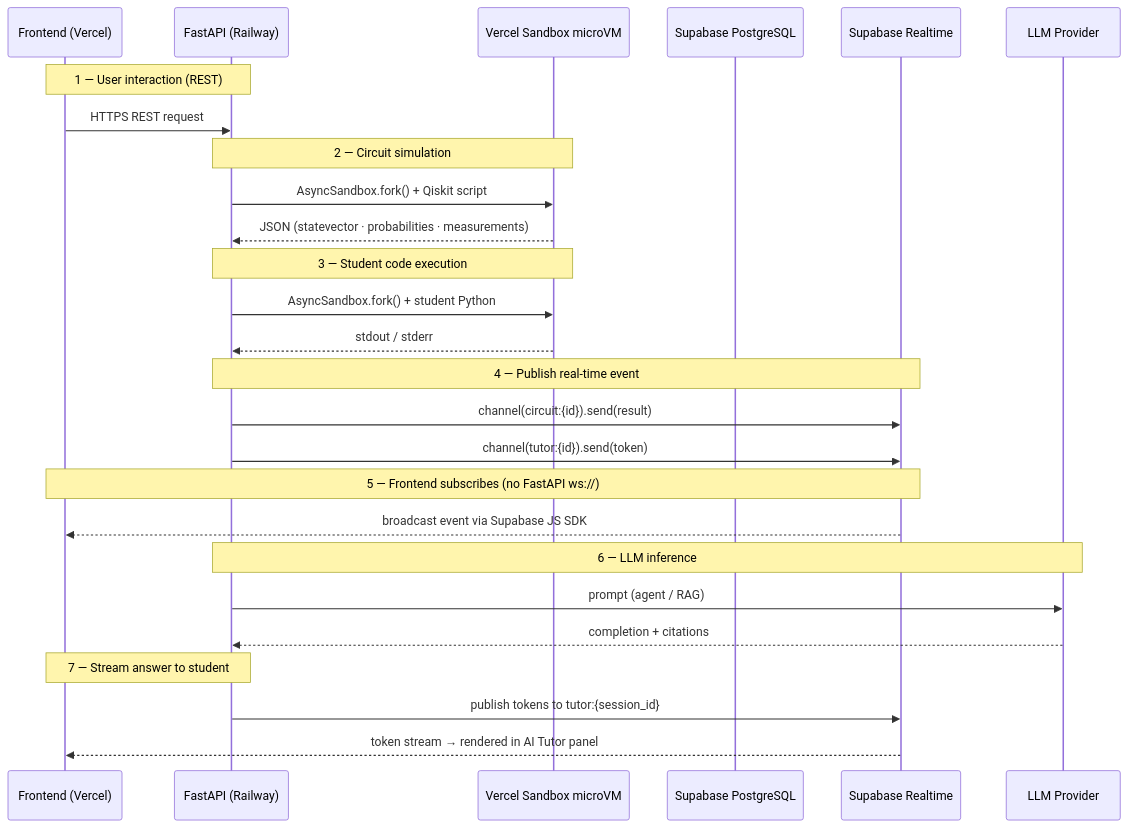
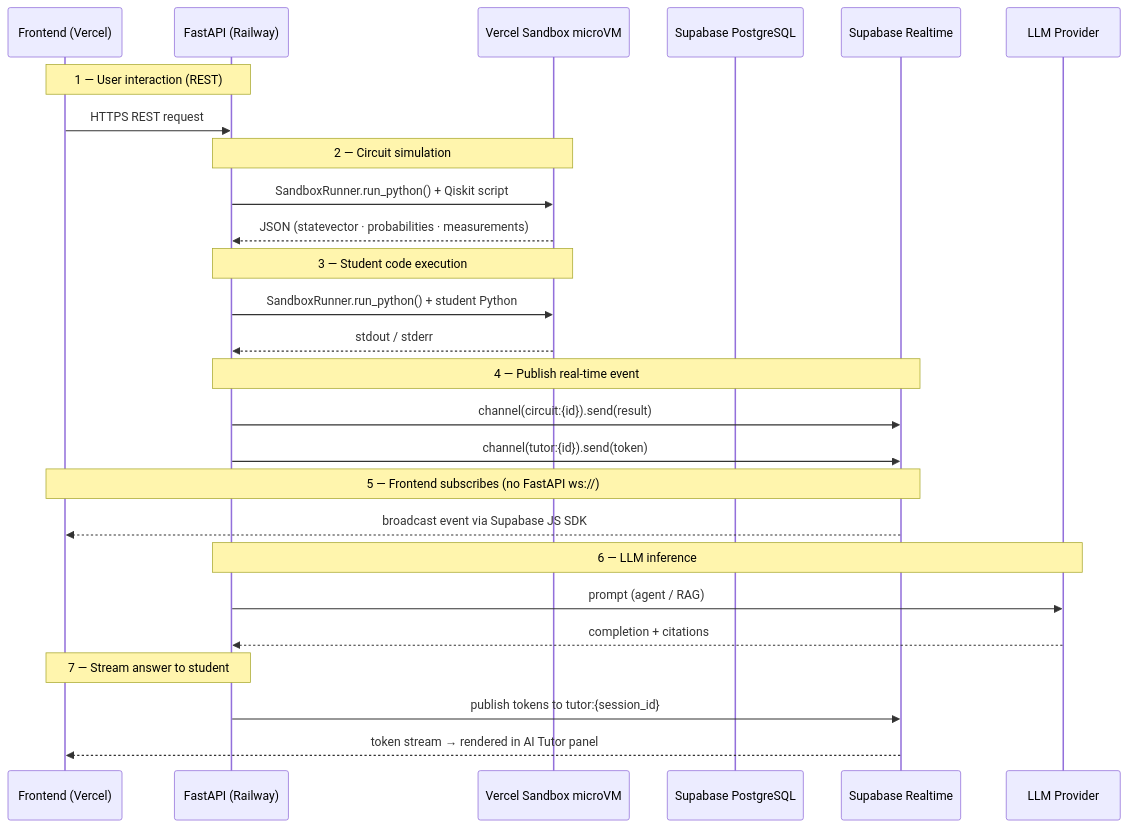
One commit to qphase-ai/Q-Learn changed the diagram in docs/data-flow.md. Above: the diagram before and after it, drawn with Mermaid. The commit also changed other lines of this file and 21 other files, not shown here.

First line of the commit message:
feat(quantum): wire Qiskit execution to the real Vercel Sandbox SDK

````diff
--- a/docs/data-flow.md
+++ b/docs/data-flow.md
@@ -5,35 +5,35 @@
 ```mermaid
 sequenceDiagram
     participant FE as Frontend (Vercel)
     participant API as FastAPI (Railway)
     participant VM as Vercel Sandbox microVM
     participant DB as Supabase PostgreSQL
     participant RT as Supabase Realtime
     participant LLM as LLM Provider
 
     Note over FE,API: 1 — User interaction (REST)
     FE->>API: HTTPS REST request
 
     Note over API,VM: 2 — Circuit simulation
-    API->>VM: AsyncSandbox.fork() + Qiskit script
+    API->>VM: SandboxRunner.run_python() + Qiskit script
     VM-->>API: JSON (statevector · probabilities · measurements)
 
     Note over API,VM: 3 — Student code execution
-    API->>VM: AsyncSandbox.fork() + student Python
+    API->>VM: SandboxRunner.run_python() + student Python
     VM-->>API: stdout / stderr
 
     Note over API,RT: 4 — Publish real-time event
     API->>RT: channel(circuit:{id}).send(result)
     API->>RT: channel(tutor:{id}).send(token)
 
     Note over RT,FE: 5 — Frontend subscribes (no FastAPI ws://)
     RT-->>FE: broadcast event via Supabase JS SDK
 
     Note over API,LLM: 6 — LLM inference
     API->>LLM: prompt (agent / RAG)
     LLM-->>API: completion + citations
 
     Note over API,FE: 7 — Stream answer to student
     API->>RT: publish tokens to tutor:{session_id}
     RT-->>FE: token stream → rendered in AI Tutor panel
 ```
````
